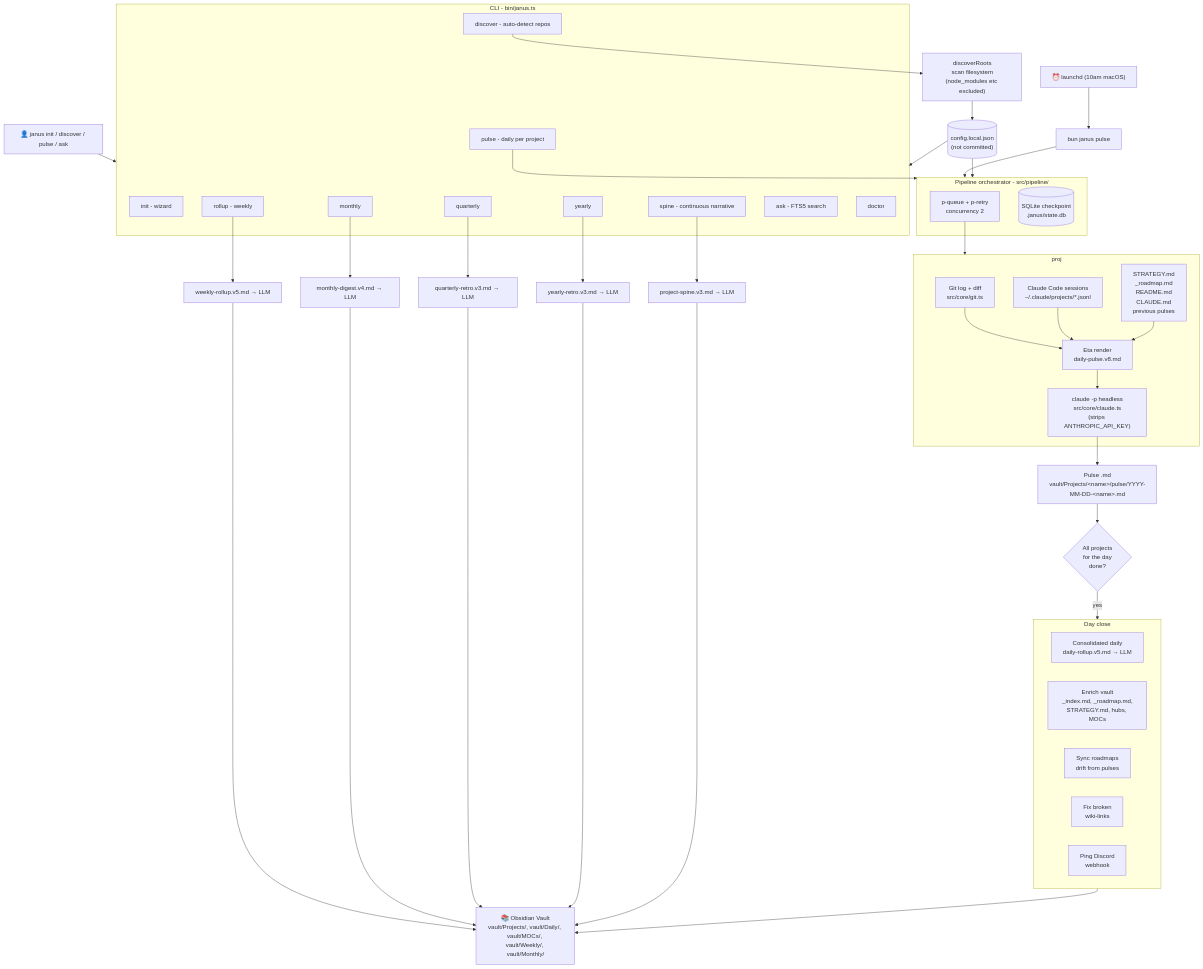
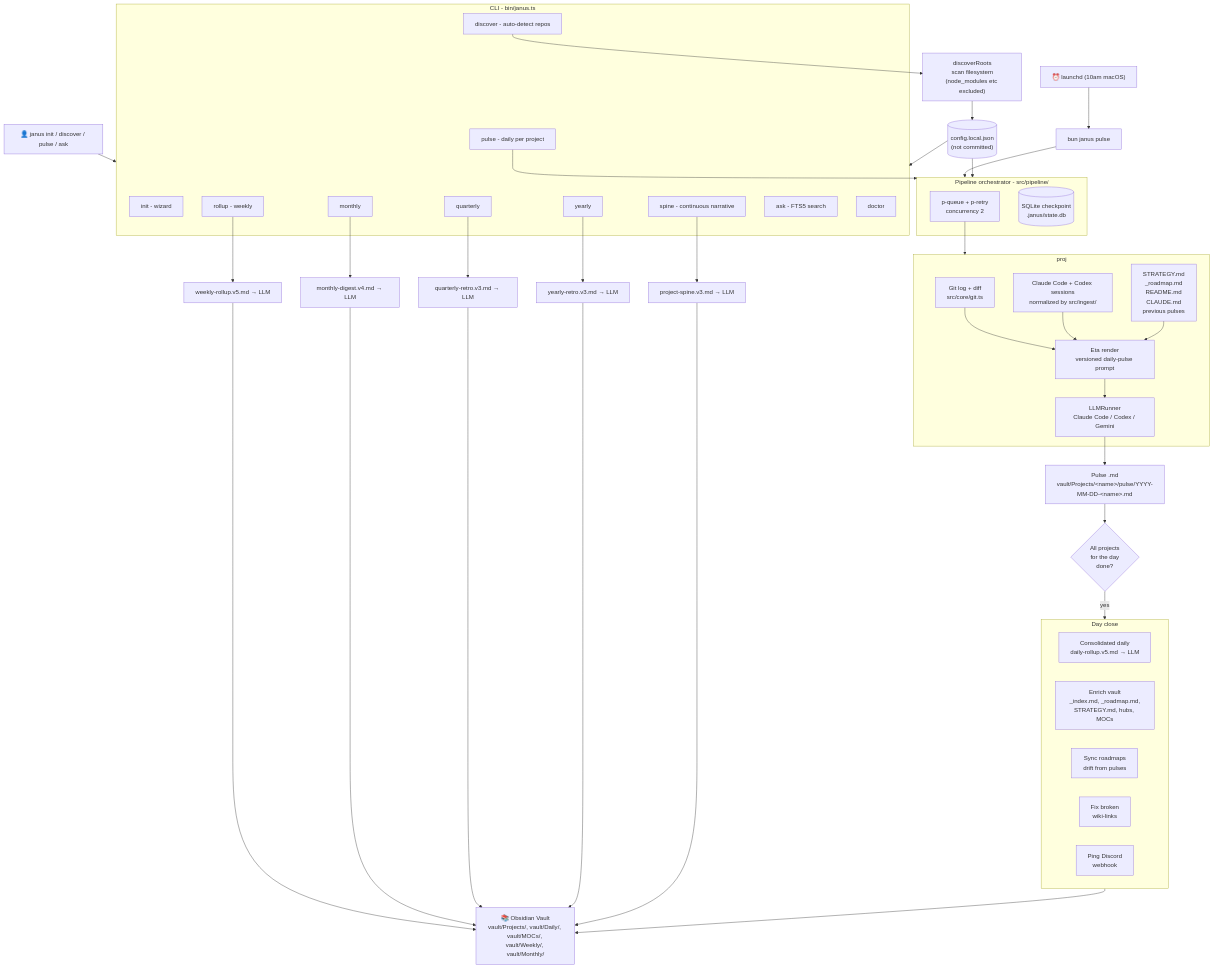
One commit to crewtives/janus changed the first of 2 diagrams in docs/ARCHITECTURE.md. Above: the diagram before and after it, drawn with Mermaid. The commit also changed other lines of this file and 43 other files, not shown here.

Commit message:
feat(core): integrate Codex CLI

````diff
--- a/docs/ARCHITECTURE.md
+++ b/docs/ARCHITECTURE.md
@@ -7,71 +9,71 @@
 ```mermaid
 flowchart TD
     cron["⏰ launchd (10am macOS)"] --> pulse["bun janus pulse"]
     user["👤 janus init / discover / pulse / ask"] --> cli
 
     subgraph cli[CLI - bin/janus.ts]
         init[init - wizard]
         discover[discover - auto-detect repos]
         pulse2[pulse - daily per project]
         rollup[rollup - weekly]
         monthly[monthly]
         quarterly[quarterly]
         yearly[yearly]
         spine[spine - continuous narrative]
         ask[ask - FTS5 search]
         doctor[doctor]
     end
 
     pulse --> orch
     pulse2 --> orch
 
     subgraph orch[Pipeline orchestrator - src/pipeline/]
         queue[p-queue + p-retry<br/>concurrency 2]
         checkpoint[(SQLite checkpoint<br/>.janus/state.db)]
     end
 
     queue --> proj["Per project, per date"]
 
     subgraph proj
         git[Git log + diff<br/>src/core/git.ts]
-        sessions[Claude Code sessions<br/>~/.claude/projects/*.jsonl]
+        sessions[Claude Code + Codex sessions<br/>normalized by src/ingest/]
         ctx[STRATEGY.md<br/>_roadmap.md<br/>README.md<br/>CLAUDE.md<br/>previous pulses]
-        prompt["Eta render<br/>daily-pulse.v8.md"]
-        claude["claude -p headless<br/>src/core/claude.ts<br/>(strips ANTHROPIC_API_KEY)"]
+        prompt["Eta render<br/>versioned daily-pulse prompt"]
+        claude["LLMRunner<br/>Claude Code / Codex / Gemini"]
     end
 
     git --> prompt
     sessions --> prompt
     ctx --> prompt
     prompt --> claude
     claude --> pulseFile
 
     pulseFile["Pulse .md<br/>vault/Projects/&lt;name&gt;/pulse/YYYY-MM-DD-&lt;name&gt;.md"]
 
     pulseFile --> closeDate{All projects<br/>for the day<br/>done?}
     closeDate -- yes --> close
 
     subgraph close[Day close]
         daily[Consolidated daily<br/>daily-rollup.v5.md → LLM]
         enrich[Enrich vault<br/>_index.md, _roadmap.md,<br/>STRATEGY.md, hubs, MOCs]
         roadmap[Sync roadmaps<br/>drift from pulses]
         links[Fix broken<br/>wiki-links]
         discord_n[Ping Discord<br/>webhook]
     end
 
     close --> Vault
 
     Vault["📚 Obsidian Vault<br/>vault/Projects/, vault/Daily/, vault/MOCs/, vault/Weekly/, vault/Monthly/"]
 
     rollup --> weekly["weekly-rollup.v5.md → LLM"] --> Vault
     monthly --> monthlyL["monthly-digest.v4.md → LLM"] --> Vault
     quarterly --> qL["quarterly-retro.v3.md → LLM"] --> Vault
     yearly --> yL["yearly-retro.v3.md → LLM"] --> Vault
     spine --> spineL["project-spine.v3.md → LLM"] --> Vault
 
     discover --> roots["discoverRoots<br/>scan filesystem<br/>(node_modules etc excluded)"]
     roots --> Config
 
     Config[("config.local.json<br/>(not committed)")] --> cli
     Config --> orch
 ```
````
